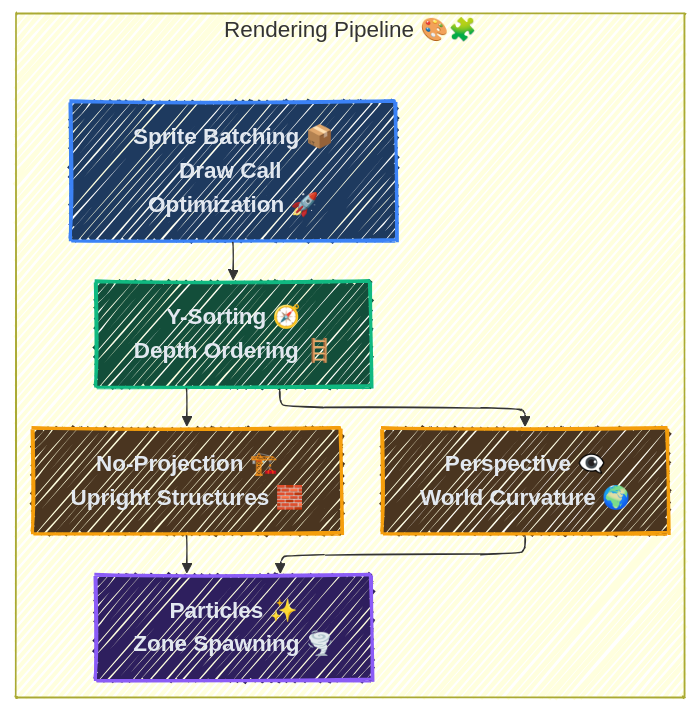
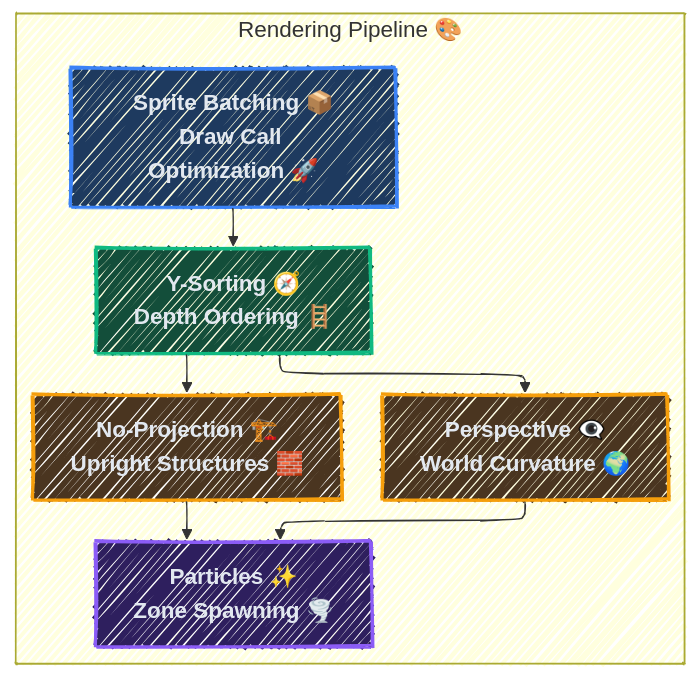
Before and after one commit to baaz777/rift: the third of 5 diagrams in README.md, drawn with Mermaid. The commit also changed other lines of this file, not shown here.

````diff
--- a/README.md
+++ b/README.md
@@ -126,29 +126,29 @@
 ```mermaid
 ---
 config:
   look: handDrawn
   theme: mc
   themeVariables:
     fontSize: 18px
   layout: elk
 ---
 flowchart TB
   classDef batch fill:#1e3a5f,stroke:#3b82f6,stroke-width:2.5px,color:#e2e8f0,font-weight:800
   classDef sort fill:#134e3a,stroke:#10b981,stroke-width:2.5px,color:#e2e8f0,font-weight:800
   classDef proj fill:#4a3520,stroke:#f59e0b,stroke-width:2.5px,color:#e2e8f0,font-weight:800
   classDef fx fill:#2e1f5e,stroke:#8b5cf6,stroke-width:2.5px,color:#e2e8f0,font-weight:800
 
-  subgraph Pipeline["Rendering Pipeline 🎨🧩"]
+  subgraph Pipeline["Rendering Pipeline 🎨"]
     B["Sprite Batching 📦<br/>Draw Call Optimization 🚀"]:::batch
     Y["Y-Sorting 🧭<br/>Depth Ordering 🪜"]:::sort
     P["Perspective 👁️‍🗨️<br/>World Curvature 🌍"]:::proj
     N["No-Projection 🏗️<br/>Upright Structures 🧱"]:::proj
     FX["Particles ✨<br/>Zone Spawning 🌪️"]:::fx
   end
 
   B --> Y
   Y --> P
   Y --> N
   P --> FX
   N --> FX
 ```
````
